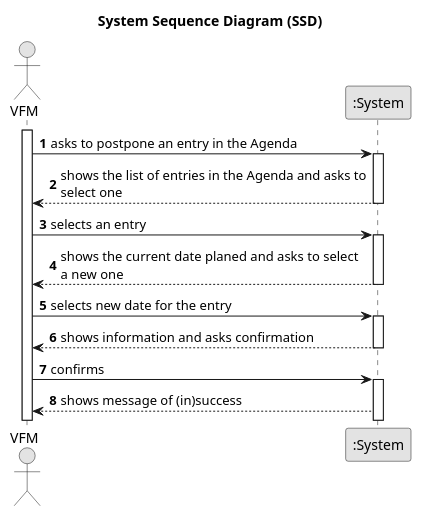
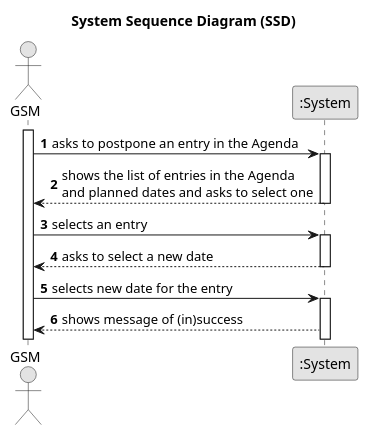
One commit to Departamento-de-Engenharia-Informatica/lei-24-s2-1do-g164 changed the diagram in docs/sprintC/us024/01.requirements-engineering/puml/us024-system-sequence-diagram.puml. Above: the diagram before and after it, drawn with PlantUML. The commit also changed 6 other files, not shown here.

```diff
--- a/docs/sprintC/us024/01.requirements-engineering/puml/us024-system-sequence-diagram.puml
+++ b/docs/sprintC/us024/01.requirements-engineering/puml/us024-system-sequence-diagram.puml
@@ -1,40 +1,34 @@
 @startuml
 skinparam monochrome true
 skinparam packageStyle rectangle
 skinparam shadowing false
 
 title System Sequence Diagram (SSD)
 
 autonumber
 
-actor "VFM" as Employee
+actor "GSM" as Employee
 participant ":System" as System
 
 activate Employee
 
     Employee -> System : asks to postpone an entry in the Agenda
     activate System
 
-        System --> Employee : shows the list of entries in the Agenda and asks to\nselect one
+        System --> Employee : shows the list of entries in the Agenda\nand planned dates and asks to select one
     deactivate System
 
     Employee -> System : selects an entry
         activate System
 
-            System --> Employee : shows the current date planed and asks to select\na new one
-        deactivate System
+        System --> Employee : asks to select a new date
+                    deactivate System
 
         Employee -> System : selects new date for the entry
             activate System
-
-                System --> Employee : shows information and asks confirmation
-            deactivate System
-
-            Employee -> System : confirms
-                activate System
 
                     System --> Employee : shows message of (in)success
 
 
 
 @enduml
```
